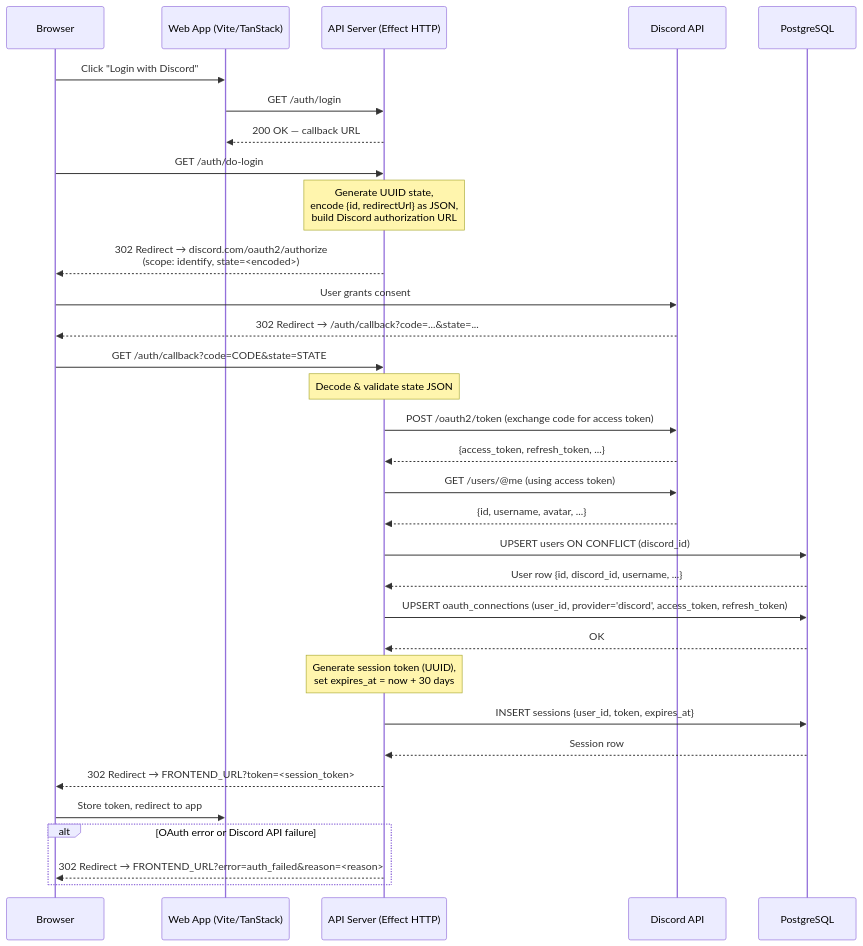
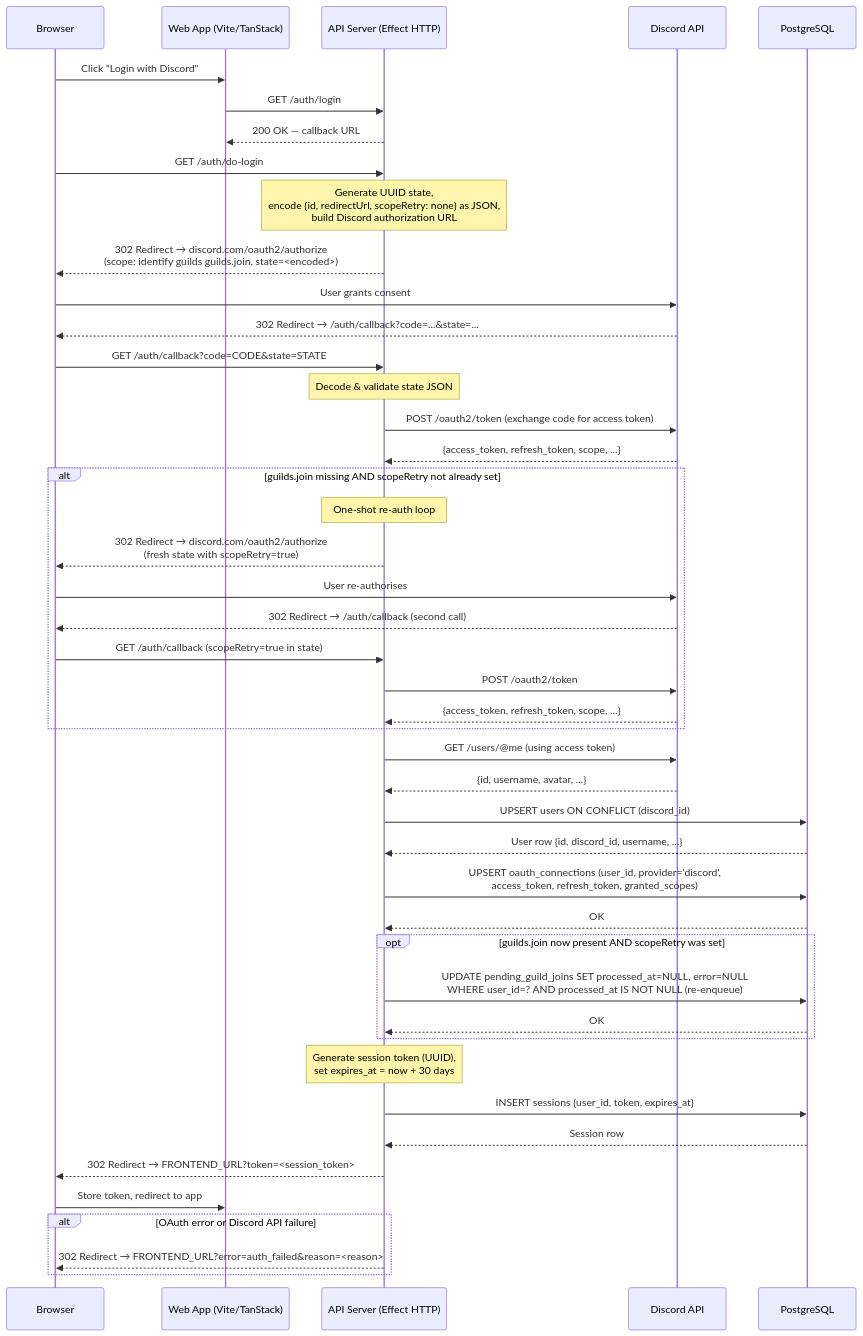
Before and after one commit to sideline-cz/sideline: the first of 10 diagrams in docs/thesis/sequence-diagrams.md, drawn with Mermaid. The commit also changed other lines of this file and 24 other files, not shown here.

First line of the commit message:
fix(server): recover oauth flow when guilds.join scope is missing (#258)

````diff
--- a/docs/thesis/sequence-diagrams.md
+++ b/docs/thesis/sequence-diagrams.md
@@ -11,44 +13,59 @@
 ```mermaid
 sequenceDiagram
     participant Browser
     participant WebApp as Web App (Vite/TanStack)
     participant Server as API Server (Effect HTTP)
     participant DiscordAPI as Discord API
     participant DB as PostgreSQL
 
     Browser->>WebApp: Click "Login with Discord"
     WebApp->>Server: GET /auth/login
     Server-->>WebApp: 200 OK — callback URL
 
     Browser->>Server: GET /auth/do-login
-    Note over Server: Generate UUID state,<br/>encode {id, redirectUrl} as JSON,<br/>build Discord authorization URL
-    Server-->>Browser: 302 Redirect → discord.com/oauth2/authorize<br/>(scope: identify, state=<encoded>)
+    Note over Server: Generate UUID state,<br/>encode {id, redirectUrl, scopeRetry: none} as JSON,<br/>build Discord authorization URL
+    Server-->>Browser: 302 Redirect → discord.com/oauth2/authorize<br/>(scope: identify guilds guilds.join, state=<encoded>)
 
     Browser->>DiscordAPI: User grants consent
     DiscordAPI-->>Browser: 302 Redirect → /auth/callback?code=...&state=...
 
     Browser->>Server: GET /auth/callback?code=CODE&state=STATE
     Note over Server: Decode & validate state JSON
     Server->>DiscordAPI: POST /oauth2/token (exchange code for access token)
-    DiscordAPI-->>Server: {access_token, refresh_token, ...}
+    DiscordAPI-->>Server: {access_token, refresh_token, scope, ...}
+
+    alt guilds.join missing AND scopeRetry not already set
+        Note over Server: One-shot re-auth loop
+        Server-->>Browser: 302 Redirect → discord.com/oauth2/authorize<br/>(fresh state with scopeRetry=true)
+        Browser->>DiscordAPI: User re-authorises
+        DiscordAPI-->>Browser: 302 Redirect → /auth/callback (second call)
+        Browser->>Server: GET /auth/callback (scopeRetry=true in state)
+        Server->>DiscordAPI: POST /oauth2/token
+        DiscordAPI-->>Server: {access_token, refresh_token, scope, ...}
+    end
 
     Server->>DiscordAPI: GET /users/@me (using access token)
     DiscordAPI-->>Server: {id, username, avatar, ...}
 
     Server->>DB: UPSERT users ON CONFLICT (discord_id)
     DB-->>Server: User row {id, discord_id, username, ...}
 
-    Server->>DB: UPSERT oauth_connections (user_id, provider='discord', access_token, refresh_token)
+    Server->>DB: UPSERT oauth_connections (user_id, provider='discord',<br/>access_token, refresh_token, granted_scopes)
     DB-->>Server: OK
+
+    opt guilds.join now present AND scopeRetry was set
+        Server->>DB: UPDATE pending_guild_joins SET processed_at=NULL, error=NULL<br/>WHERE user_id=? AND processed_at IS NOT NULL (re-enqueue)
+        DB-->>Server: OK
+    end
 
     Note over Server: Generate session token (UUID),<br/>set expires_at = now + 30 days
     Server->>DB: INSERT sessions {user_id, token, expires_at}
     DB-->>Server: Session row
 
     Server-->>Browser: 302 Redirect → FRONTEND_URL?token=<session_token>
     Browser->>WebApp: Store token, redirect to app
 
     alt OAuth error or Discord API failure
         Server-->>Browser: 302 Redirect → FRONTEND_URL?error=auth_failed&reason=<reason>
     end
 ```
````
